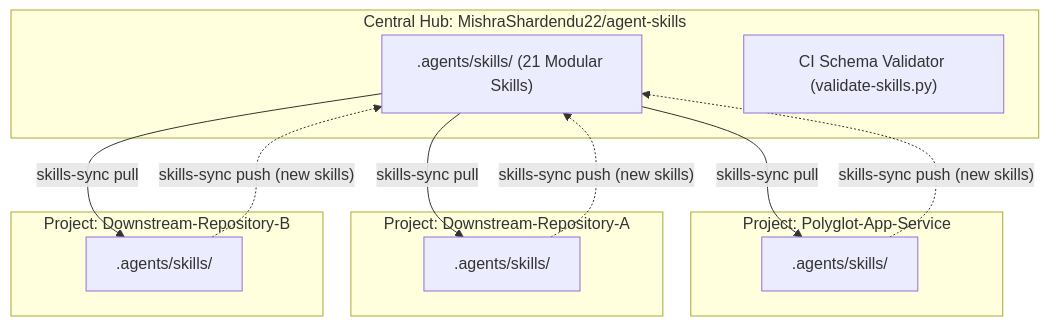
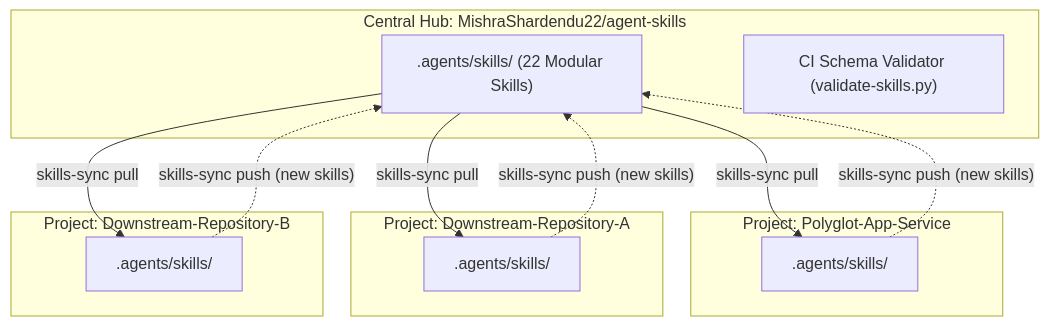
One commit to Career-Cafe/agent-skills-hub-sync-engine changed the diagram in README.md. Above: the diagram before and after it, drawn with Mermaid. The commit also changed other lines of this file and 36 other files, not shown here.

````diff
--- a/README.md
+++ b/README.md
@@ -58,27 +59,27 @@
 ```mermaid
 flowchart TD
     subgraph Hub["Central Hub: MishraShardendu22/agent-skills"]
-        MasterSkills[".agents/skills/ (21 Modular Skills)"]
+        MasterSkills[".agents/skills/ (22 Modular Skills)"]
         Validator["CI Schema Validator (validate-skills.py)"]
     end
 
     subgraph Repo1["Project: Polyglot-App-Service"]
         P1Skills[".agents/skills/"]
     end
 
     subgraph Repo2["Project: Downstream-Repository-A"]
         P2Skills[".agents/skills/"]
     end
 
     subgraph Repo3["Project: Downstream-Repository-B"]
         P3Skills[".agents/skills/"]
     end
 
     MasterSkills -- "skills-sync pull" --> P1Skills
     MasterSkills -- "skills-sync pull" --> P2Skills
     MasterSkills -- "skills-sync pull" --> P3Skills
 
     P1Skills -. "skills-sync push (new skills)" .-> MasterSkills
     P2Skills -. "skills-sync push (new skills)" .-> MasterSkills
     P3Skills -. "skills-sync push (new skills)" .-> MasterSkills
 ```
````
